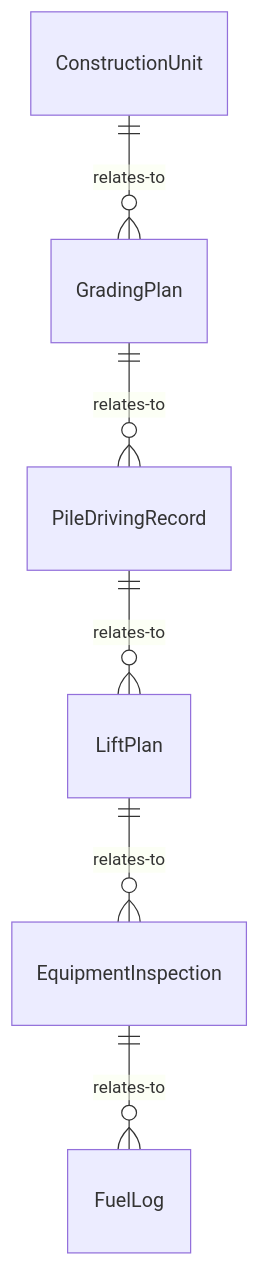
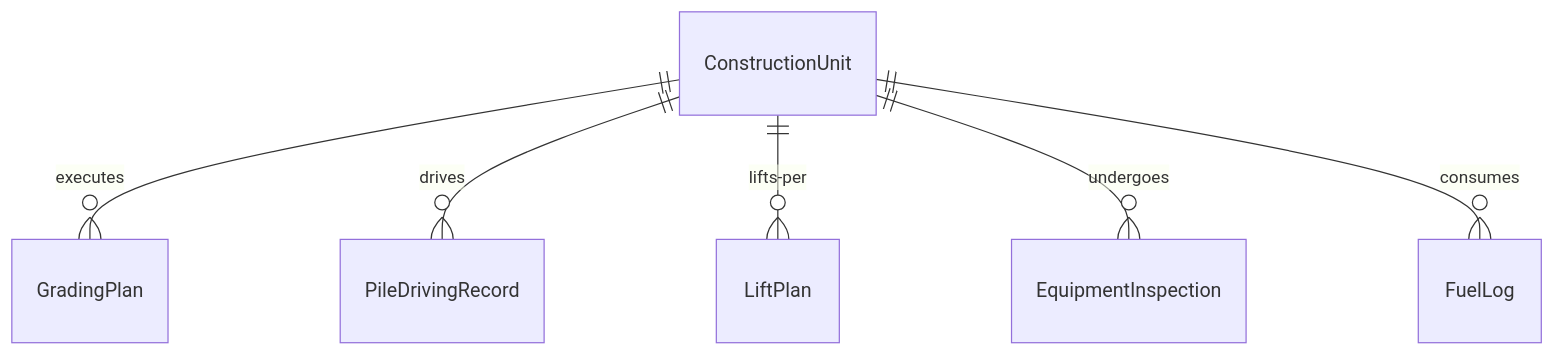
One commit to dot-org-ai/tasks.org.ai changed the first of 4 diagrams in ControllingMachinesAndProcesses/OperateConstructionOrExcavationEquipment/OperateHeavy-dutyConstructionInstallationEquipment.mdx. Above: the diagram before and after it, drawn with Mermaid. The commit also changed other lines of this file and 515 other files, not shown here.

````diff
--- a/ControllingMachinesAndProcesses/OperateConstructionOrExcavationEquipment/OperateHeavy-dutyConstructionInstallationEquipment.mdx
+++ b/ControllingMachinesAndProcesses/OperateConstructionOrExcavationEquipment/OperateHeavy-dutyConstructionInstallationEquipment.mdx
@@ -88,8 +88,8 @@
 ```mermaid
 erDiagram
-    ConstructionUnit ||--o{ GradingPlan : relates-to
-    GradingPlan ||--o{ PileDrivingRecord : relates-to
-    PileDrivingRecord ||--o{ LiftPlan : relates-to
-    LiftPlan ||--o{ EquipmentInspection : relates-to
-    EquipmentInspection ||--o{ FuelLog : relates-to
+    ConstructionUnit ||--o{ GradingPlan : executes
+    ConstructionUnit ||--o{ PileDrivingRecord : drives
+    ConstructionUnit ||--o{ LiftPlan : lifts-per
+    ConstructionUnit ||--o{ EquipmentInspection : undergoes
+    ConstructionUnit ||--o{ FuelLog : consumes
 ```
````
